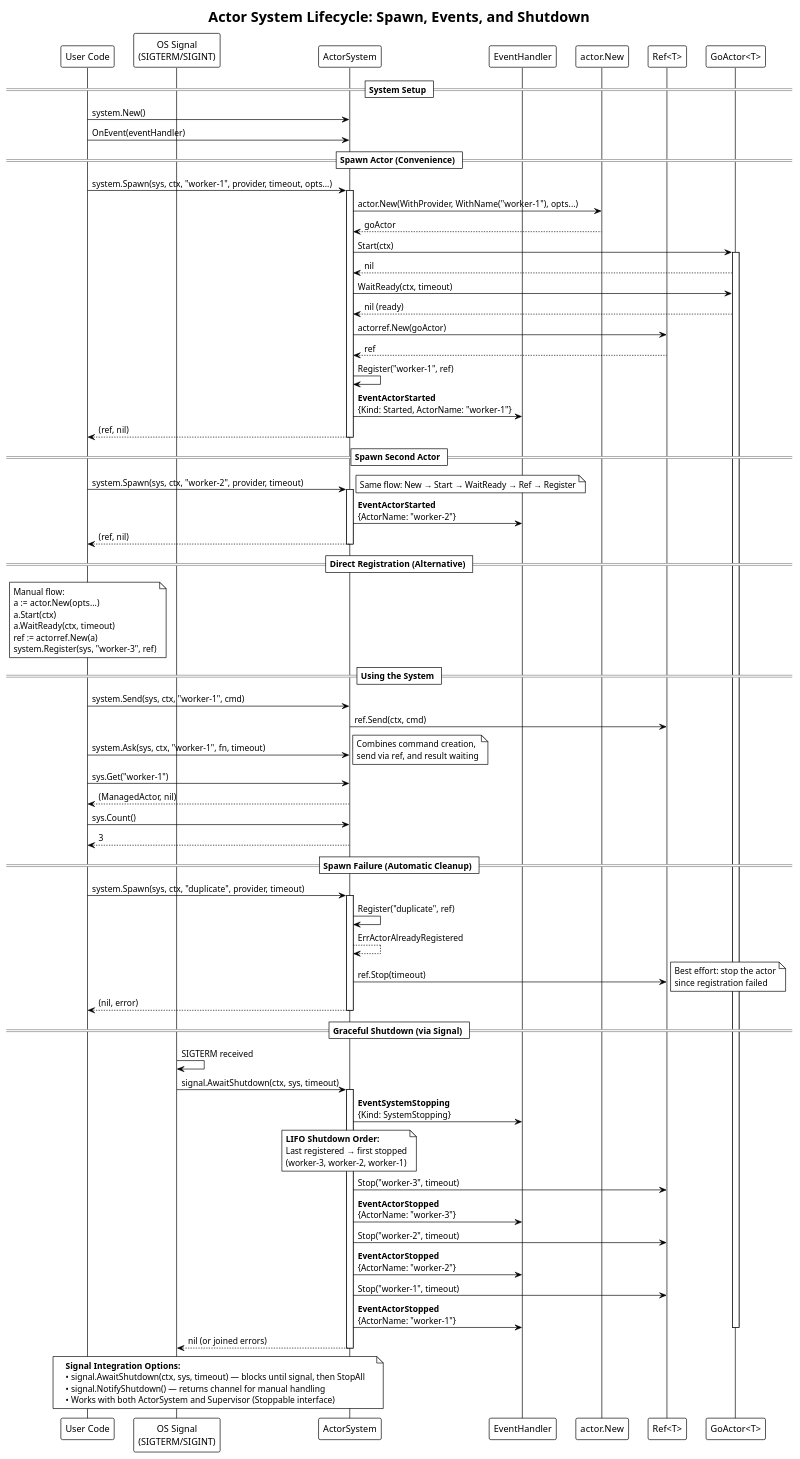
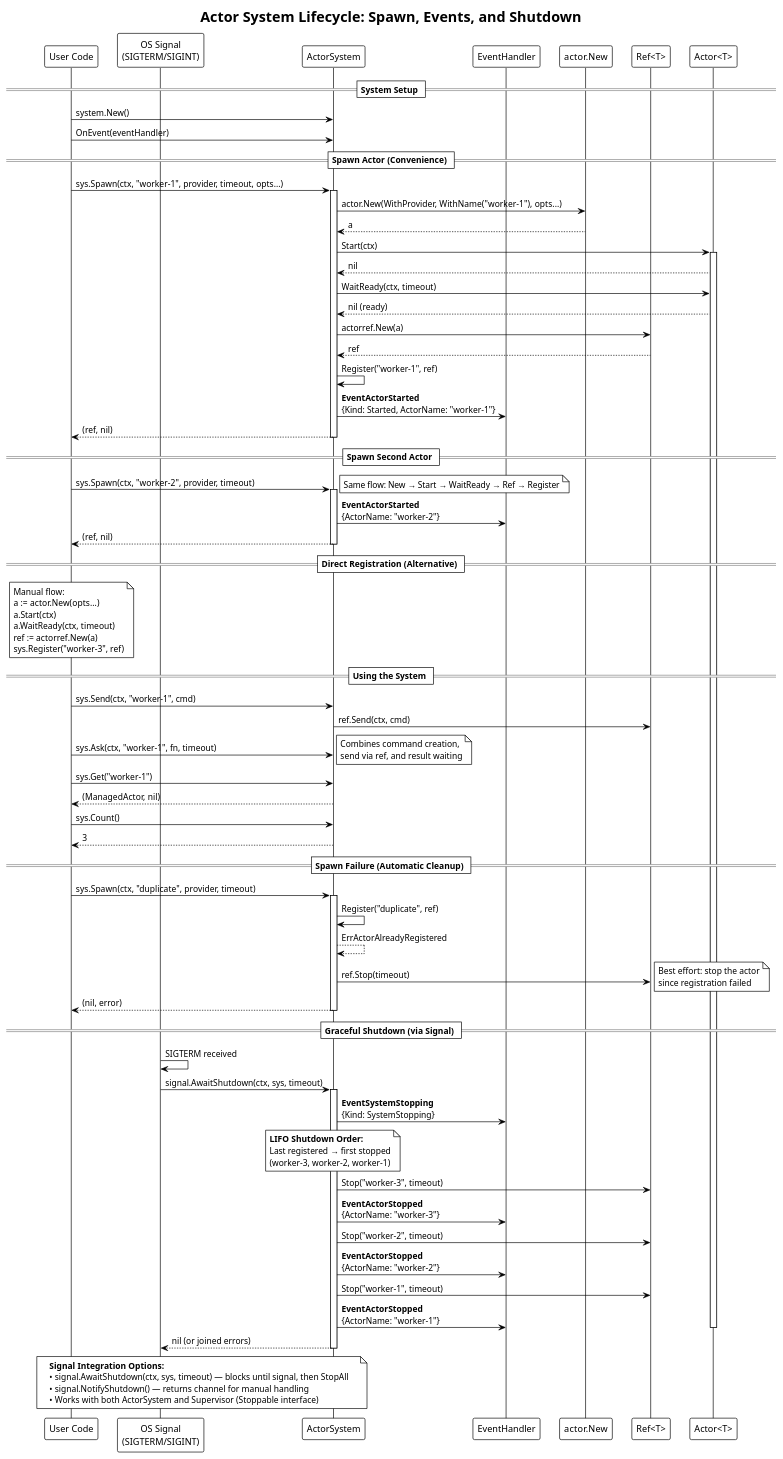
The diagram in docs/system-lifecycle.puml (barnowlsnest/go-actorlib), drawn with PlantUML before and after one commit. The commit also changed 54 other files, not shown here.

```diff
--- a/docs/system-lifecycle.puml
+++ b/docs/system-lifecycle.puml
@@ -1,118 +1,118 @@
 @startuml system-lifecycle
 !theme plain
 skinparam backgroundColor #FFFFFF
 
 title Actor System Lifecycle: Spawn, Events, and Shutdown
 
 participant "User Code" as user
 participant "OS Signal\n(SIGTERM/SIGINT)" as signal
 participant "ActorSystem" as sys
 participant "EventHandler" as handler
 participant "actor.New" as factory
 participant "Ref<T>" as ref
-participant "GoActor<T>" as actor
+participant "Actor<T>" as actor
 
 == System Setup ==
 user -> sys : system.New()
 user -> sys : OnEvent(eventHandler)
 
 == Spawn Actor (Convenience) ==
-user -> sys : system.Spawn(sys, ctx, "worker-1", provider, timeout, opts...)
+user -> sys : sys.Spawn(ctx, "worker-1", provider, timeout, opts...)
 activate sys
 
 sys -> factory : actor.New(WithProvider, WithName("worker-1"), opts...)
-factory --> sys : goActor
+factory --> sys : a
 
 sys -> actor : Start(ctx)
 activate actor
 actor --> sys : nil
 
 sys -> actor : WaitReady(ctx, timeout)
 actor --> sys : nil (ready)
 
-sys -> ref : actorref.New(goActor)
+sys -> ref : actorref.New(a)
 ref --> sys : ref
 
 sys -> sys : Register("worker-1", ref)
 
 sys -> handler : **EventActorStarted**\n{Kind: Started, ActorName: "worker-1"}
 
 sys --> user : (ref, nil)
 deactivate sys
 
 == Spawn Second Actor ==
-user -> sys : system.Spawn(sys, ctx, "worker-2", provider, timeout)
+user -> sys : sys.Spawn(ctx, "worker-2", provider, timeout)
 activate sys
 note right : Same flow: New → Start → WaitReady → Ref → Register
 sys -> handler : **EventActorStarted**\n{ActorName: "worker-2"}
 sys --> user : (ref, nil)
 deactivate sys
 
 == Direct Registration (Alternative) ==
 note over user
   Manual flow:
   a := actor.New(opts...)
   a.Start(ctx)
   a.WaitReady(ctx, timeout)
   ref := actorref.New(a)
-  system.Register(sys, "worker-3", ref)
+  sys.Register("worker-3", ref)
 end note
 
 == Using the System ==
-user -> sys : system.Send(sys, ctx, "worker-1", cmd)
+user -> sys : sys.Send(ctx, "worker-1", cmd)
 sys -> ref : ref.Send(ctx, cmd)
 
-user -> sys : system.Ask(sys, ctx, "worker-1", fn, timeout)
+user -> sys : sys.Ask(ctx, "worker-1", fn, timeout)
 note right : Combines command creation,\nsend via ref, and result waiting
 
 user -> sys : sys.Get("worker-1")
 sys --> user : (ManagedActor, nil)
 
 user -> sys : sys.Count()
 sys --> user : 3
 
 == Spawn Failure (Automatic Cleanup) ==
-user -> sys : system.Spawn(sys, ctx, "duplicate", provider, timeout)
+user -> sys : sys.Spawn(ctx, "duplicate", provider, timeout)
 activate sys
 sys -> sys : Register("duplicate", ref)
 sys --> sys : ErrActorAlreadyRegistered
 sys -> ref : ref.Stop(timeout)
 note right : Best effort: stop the actor\nsince registration failed
 sys --> user : (nil, error)
 deactivate sys
 
 == Graceful Shutdown (via Signal) ==
 
 signal -> signal : SIGTERM received
 signal -> sys : signal.AwaitShutdown(ctx, sys, timeout)
 activate sys
 
 sys -> handler : **EventSystemStopping**\n{Kind: SystemStopping}
 
 note over sys
   **LIFO Shutdown Order:**
   Last registered → first stopped
   (worker-3, worker-2, worker-1)
 end note
 
 sys -> ref : Stop("worker-3", timeout)
 sys -> handler : **EventActorStopped**\n{ActorName: "worker-3"}
 
 sys -> ref : Stop("worker-2", timeout)
 sys -> handler : **EventActorStopped**\n{ActorName: "worker-2"}
 
 sys -> ref : Stop("worker-1", timeout)
 sys -> handler : **EventActorStopped**\n{ActorName: "worker-1"}
 
 deactivate actor
 sys --> signal : nil (or joined errors)
 deactivate sys
 
 note over user, sys
   **Signal Integration Options:**
   • signal.AwaitShutdown(ctx, sys, timeout) — blocks until signal, then StopAll
   • signal.NotifyShutdown() — returns channel for manual handling
   • Works with both ActorSystem and Supervisor (Stoppable interface)
 end note
 
 @enduml
```
